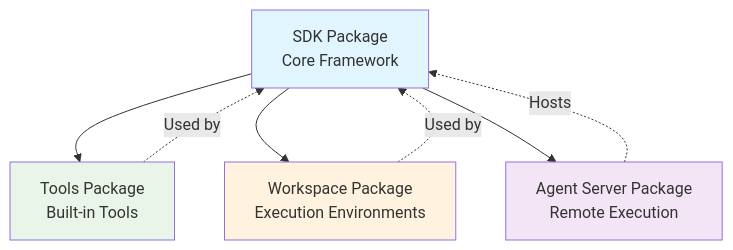
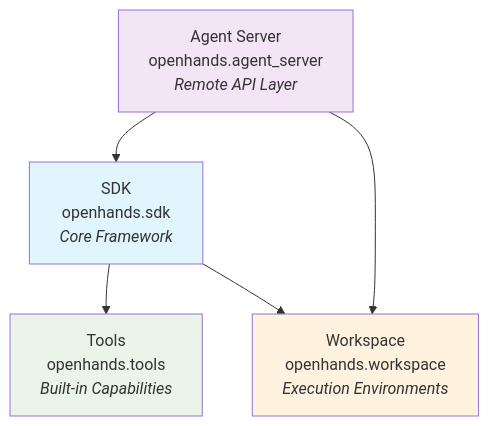
Before and after one commit to OpenHands/docs: the diagram in sdk/arch/overview.mdx, drawn with Mermaid. The commit also changed other lines of this file, not shown here.

````diff
--- a/sdk/arch/overview.mdx
+++ b/sdk/arch/overview.mdx
@@ -10,15 +69,17 @@
 ```mermaid
 graph TD
-    SDK[SDK Package<br/>Core Framework] --> Tools[Tools Package<br/>Built-in Tools]
-    SDK --> Workspace[Workspace Package<br/>Execution Environments]
-    SDK --> AgentServer[Agent Server Package<br/>Remote Execution]
-    
-    Tools -.->|Used by| SDK
-    Workspace -.->|Used by| SDK
-    AgentServer -.->|Hosts| SDK
-    
+    SDK[SDK<br/>openhands.sdk<br/><i>Core Framework</i>] 
+    Tools[Tools<br/>openhands.tools<br/><i>Built-in Capabilities</i>]
+    Workspace[Workspace<br/>openhands.workspace<br/><i>Execution Environments</i>]
+    Server[Agent Server<br/>openhands.agent_server<br/><i>Remote API Layer</i>]
+
+    SDK --> Tools
+    SDK --> Workspace
+    Server --> SDK
+    Server --> Workspace
+
     style SDK fill:#e1f5fe
     style Tools fill:#e8f5e8
     style Workspace fill:#fff3e0
-    style AgentServer fill:#f3e5f5
+    style Server fill:#f3e5f5
 ```
````
